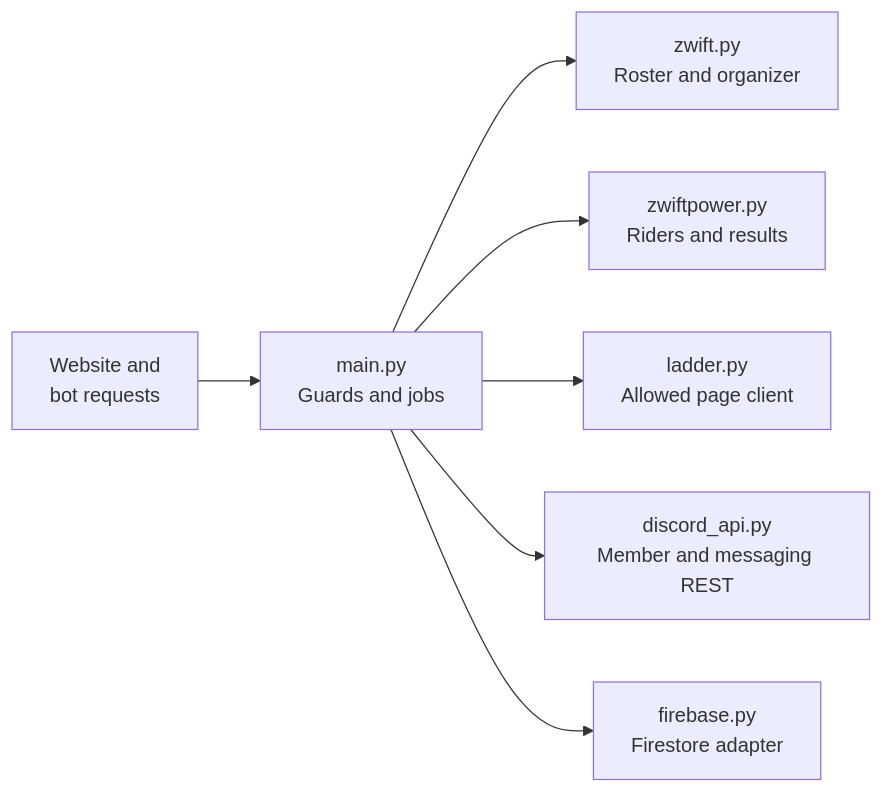
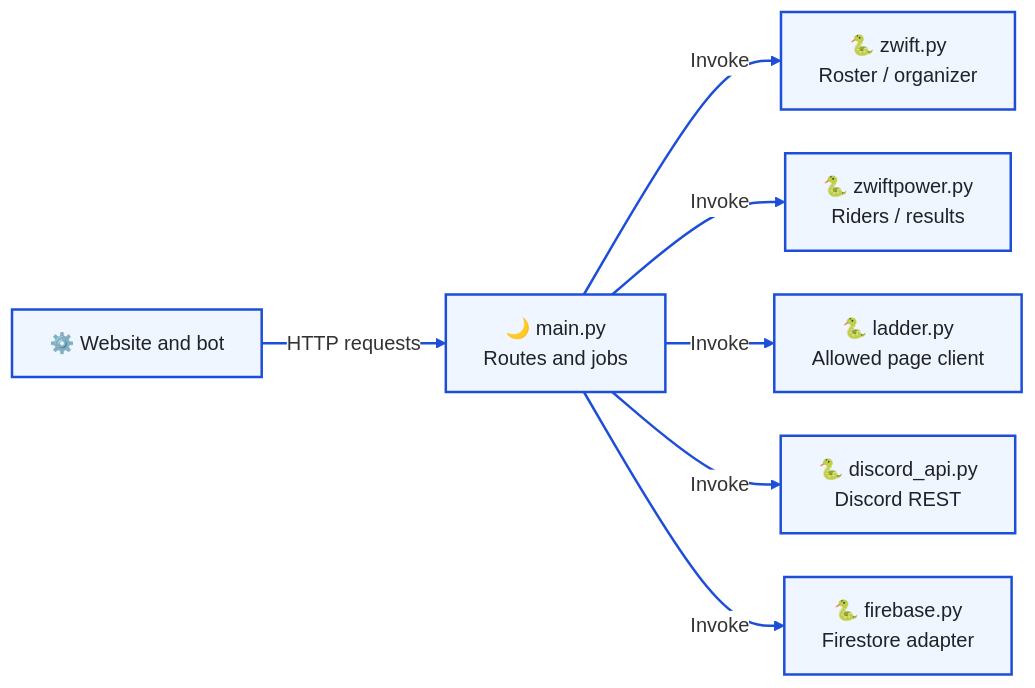
Before and after one commit to T00few2/dzr: the second of 3 diagrams in docs/architecture/code-map.md, drawn with Mermaid. The commit also changed other lines of this file and 15 other files, not shown here.

First line of the commit message:
docs: standardize Mermaid notation and map the technology stack

````diff
--- a/docs/architecture/code-map.md
+++ b/docs/architecture/code-map.md
@@ -41,9 +54,22 @@
 ```mermaid
+---
+config:
+  theme: base
+  themeVariables:
+    edgeLabelBackground: '#ffffff'
+  flowchart:
+    padding: 15
+    nodeSpacing: 35
+    rankSpacing: 40
+---
 flowchart LR
-    callers[Website and<br/>bot requests] --> routes[main.py<br/>Guards and jobs]
-    routes --> zwift[zwift.py<br/>Roster and organizer]
-    routes --> zp[zwiftpower.py<br/>Riders and results]
-    routes --> ladder[ladder.py<br/>Allowed page client]
-    routes --> discord[discord_api.py<br/>Member and messaging REST]
-    routes --> firebase[firebase.py<br/>Firestore adapter]
+    callers["⚙️ Website and bot"] -->|HTTP requests| routes["🌙 main.py<br/>Routes and jobs"]
+    routes -->|Invoke| zwift["🐍 zwift.py<br/>Roster / organizer"]
+    routes -->|Invoke| zp["🐍 zwiftpower.py<br/>Riders / results"]
+    routes -->|Invoke| ladder["🐍 ladder.py<br/>Allowed page client"]
+    routes -->|Invoke| discord["🐍 discord_api.py<br/>Discord REST"]
+    routes -->|Invoke| firebase["🐍 firebase.py<br/>Firestore adapter"]
+    classDef default fill:#eff6ff,stroke:#1d4ed8,stroke-width:2px,color:#1f2328
+    classDef external fill:#fff1f2,stroke:#b91c1c,stroke-width:2px,color:#1f2328
+    linkStyle default stroke:#1d4ed8,stroke-width:2px
 ```
````
